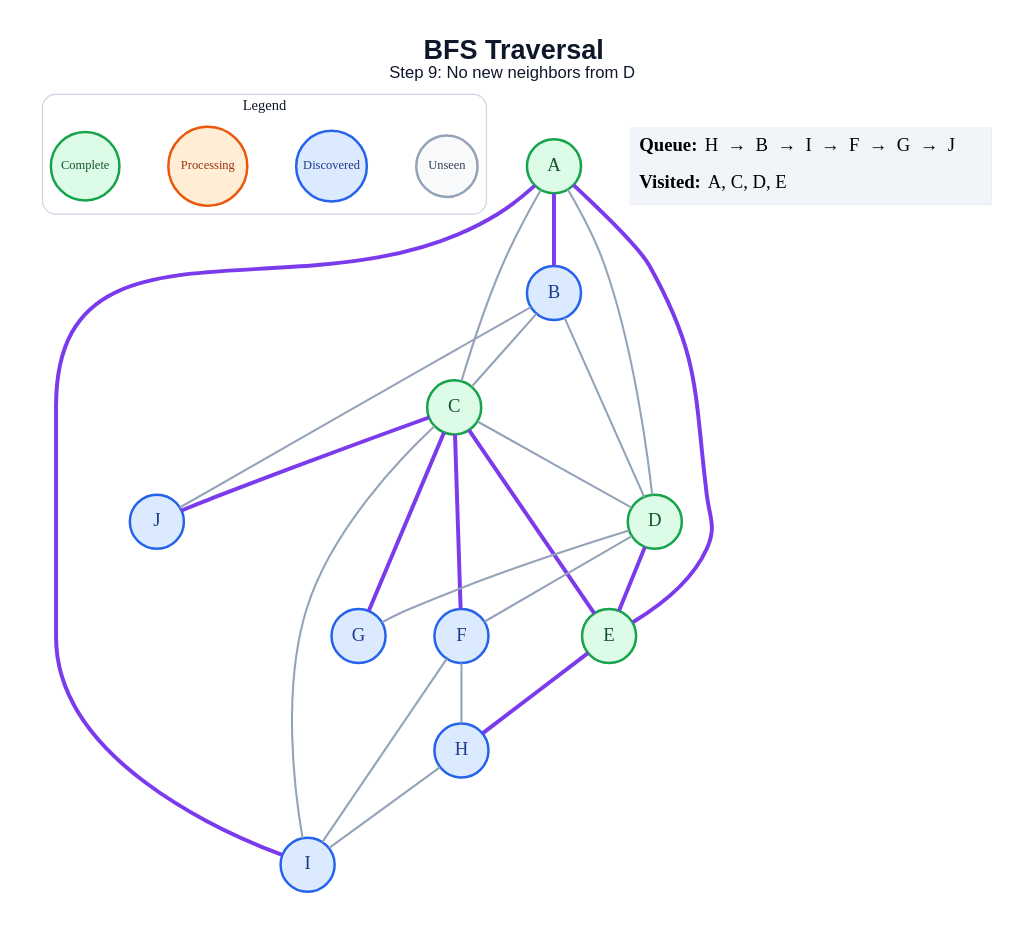
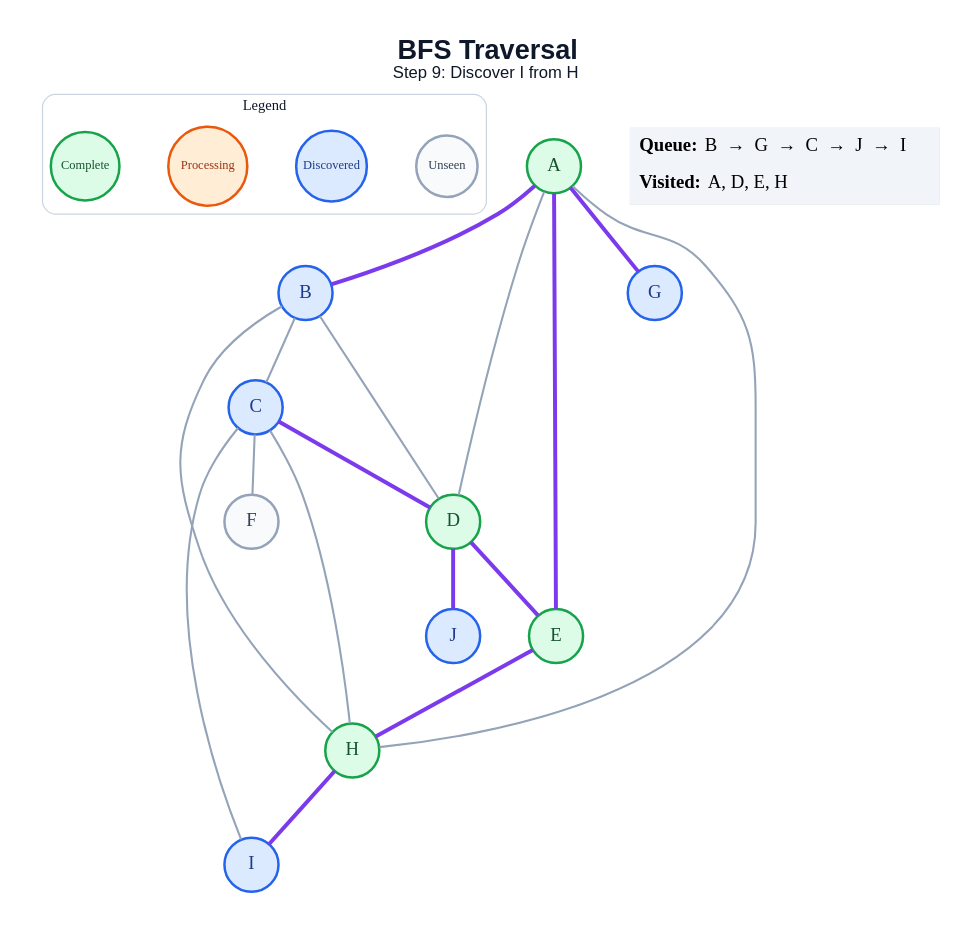
The diagram in generated/specific-node/bfs/step_09.dot (amanghodawala9/ai-slop), drawn with Graphviz before and after one commit. The commit also changed 178 other files, not shown here.

```diff
--- a/generated/specific-node/bfs/step_09.dot
+++ b/generated/specific-node/bfs/step_09.dot
@@ -1,50 +1,45 @@
 graph traversal {
   graph [layout=dot, rankdir=TB, bgcolor="#FFFFFF", pad="0.35", nodesep="0.65", ranksep="0.8", fontname="Arial"];
   node [shape=circle, style="filled", fontname="Arial Bold", fontsize=18, width=0.72, fixedsize=true, penwidth=2.4];
   edge [color="#94A3B8", penwidth=2.0];
-  label=<<B>BFS Traversal</B><BR/><FONT POINT-SIZE="16">Step 9: No new neighbors from D</FONT>>; labelloc="t"; fontsize=26; fontname="Arial"; fontcolor="#0F172A";
+  label=<<B>BFS Traversal</B><BR/><FONT POINT-SIZE="16">Step 9: Discover I from H</FONT>>; labelloc="t"; fontsize=26; fontname="Arial"; fontcolor="#0F172A";
   subgraph cluster_legend { label="Legend"; color="#CBD5E1"; penwidth=1.2; style="rounded"; fontsize=14; fontname="Arial Bold";
     key_unseen [label="Unseen", fillcolor="#F8FAFC", color="#94A3B8", fontcolor="#334155", fontsize=12, width=0.82];
     key_frontier [label="Discovered", fillcolor="#DBEAFE", color="#2563EB", fontcolor="#1E3A8A", fontsize=12, width=0.95];
     key_current [label="Processing", fillcolor="#FFEDD5", color="#EA580C", fontcolor="#9A3412", fontsize=12, width=1.05];
     key_done [label="Complete", fillcolor="#DCFCE7", color="#16A34A", fontcolor="#14532D", fontsize=12, width=0.92];
     { rank=same; key_unseen; key_frontier; key_current; key_done; }
   }
   A [fillcolor="#DCFCE7", color="#16A34A", fontcolor="#14532D"];
   B [fillcolor="#DBEAFE", color="#2563EB", fontcolor="#1E3A8A"];
-  C [fillcolor="#DCFCE7", color="#16A34A", fontcolor="#14532D"];
+  C [fillcolor="#DBEAFE", color="#2563EB", fontcolor="#1E3A8A"];
   D [fillcolor="#DCFCE7", color="#16A34A", fontcolor="#14532D"];
   E [fillcolor="#DCFCE7", color="#16A34A", fontcolor="#14532D"];
-  F [fillcolor="#DBEAFE", color="#2563EB", fontcolor="#1E3A8A"];
+  F [fillcolor="#F8FAFC", color="#94A3B8", fontcolor="#334155"];
   G [fillcolor="#DBEAFE", color="#2563EB", fontcolor="#1E3A8A"];
-  H [fillcolor="#DBEAFE", color="#2563EB", fontcolor="#1E3A8A"];
+  H [fillcolor="#DCFCE7", color="#16A34A", fontcolor="#14532D"];
   I [fillcolor="#DBEAFE", color="#2563EB", fontcolor="#1E3A8A"];
   J [fillcolor="#DBEAFE", color="#2563EB", fontcolor="#1E3A8A"];
   A -- B [color="#7C3AED", penwidth=3.8];
-  A -- C;
   A -- D;
   A -- E [color="#7C3AED", penwidth=3.8];
-  A -- I [color="#7C3AED", penwidth=3.8];
+  A -- G [color="#7C3AED", penwidth=3.8];
+  A -- H;
   B -- C;
   B -- D;
-  B -- J;
-  C -- D;
-  C -- E [color="#7C3AED", penwidth=3.8];
-  C -- F [color="#7C3AED", penwidth=3.8];
-  C -- G [color="#7C3AED", penwidth=3.8];
+  B -- H;
+  C -- D [color="#7C3AED", penwidth=3.8];
+  C -- F;
+  C -- H;
   C -- I;
-  C -- J [color="#7C3AED", penwidth=3.8];
   D -- E [color="#7C3AED", penwidth=3.8];
-  D -- F;
-  D -- G;
+  D -- J [color="#7C3AED", penwidth=3.8];
   E -- H [color="#7C3AED", penwidth=3.8];
-  F -- H;
-  F -- I;
-  H -- I;
+  H -- I [color="#7C3AED", penwidth=3.8];
   status [shape=plain, fixedsize=false, width=0, height=0, margin=0, label=<
     <TABLE BORDER="0" CELLBORDER="0" CELLPADDING="7" BGCOLOR="#F1F5F9">
-      <TR><TD ALIGN="LEFT"><B>Queue:</B> H  →  B  →  I  →  F  →  G  →  J</TD></TR>
-      <TR><TD ALIGN="LEFT"><B>Visited:</B> A, C, D, E</TD></TR>
+      <TR><TD ALIGN="LEFT"><B>Queue:</B> B  →  G  →  C  →  J  →  I</TD></TR>
+      <TR><TD ALIGN="LEFT"><B>Visited:</B> A, D, E, H</TD></TR>
     </TABLE>
   >];
 }
```
